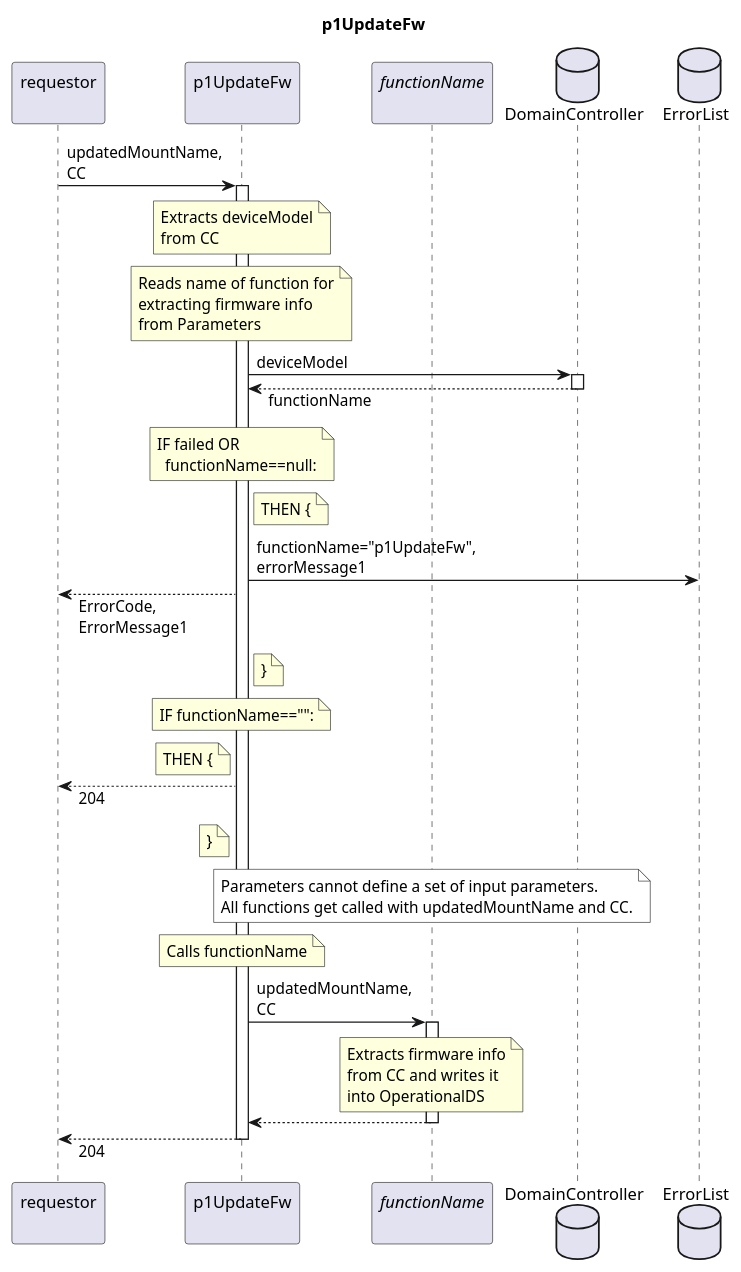
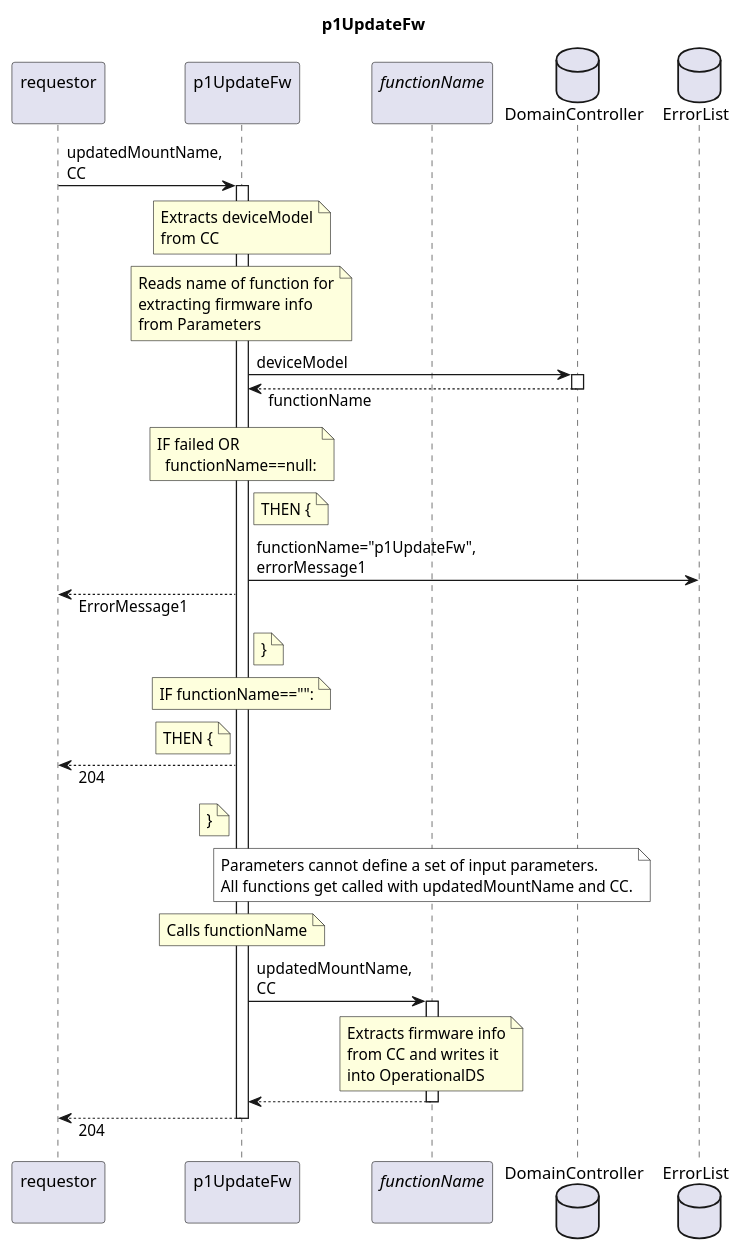
The diagram in spec/Functions/Measurement/p1UpdateFw/1.0.0/p1UpdateFw.plantuml (openBackhaul/FirmWareManager), drawn with PlantUML before and after one commit. The commit also changed 51 other files, not shown here.

Commit message:
Remove ErrorCode from all functions

```diff
--- a/spec/Functions/Measurement/p1UpdateFw/1.0.0/p1UpdateFw.plantuml
+++ b/spec/Functions/Measurement/p1UpdateFw/1.0.0/p1UpdateFw.plantuml
@@ -1,76 +1,76 @@
 @startuml p1UpdateFw
 skinparam responseMessageBelowArrow true
 
 title
   p1UpdateFw
 end title
 
 participant "requestor\n" as requestor
 participant "p1UpdateFw\n" as indServ
 participant "<i>functionName</i>\n" as extrFunc
 
 database "DomainController" as DC
 database "ErrorList" as hEL
 
 requestor -> indServ: updatedMountName,\nCC
 activate indServ
 
   note over indServ
     Extracts deviceModel
     from CC
   end note
 
   note over indServ
     Reads name of function for
     extracting firmware info
     from Parameters
   end note
   indServ -> DC: deviceModel
   activate DC
   indServ <-- DC: functionName
   deactivate DC
   note over indServ
     IF failed OR 
       functionName==null:
   end note
   note right indServ
     THEN {
   end note
   indServ -> hEL: functionName="p1UpdateFw",\nerrorMessage1
-  requestor <-- indServ: ErrorCode,\nErrorMessage1
+  requestor <-- indServ: ErrorMessage1
   note right indServ
     }
   end note
   note over indServ
     IF functionName=="":
   end note
   note left indServ
     THEN {
   end note
   requestor <-- indServ: 204
   note left indServ
     }
   end note
 
   note over extrFunc #White
     Parameters cannot define a set of input parameters.
     All functions get called with updatedMountName and CC.
   end note
 
   note over indServ
     Calls functionName
   end note
   indServ -> extrFunc: updatedMountName,\nCC
   activate extrFunc
     note over extrFunc
       Extracts firmware info
       from CC and writes it
       into OperationalDS
     end note
   indServ <-- extrFunc
   deactivate extrFunc
 
 requestor <-- indServ: 204
 deactivate indServ
 
 @enduml
```
